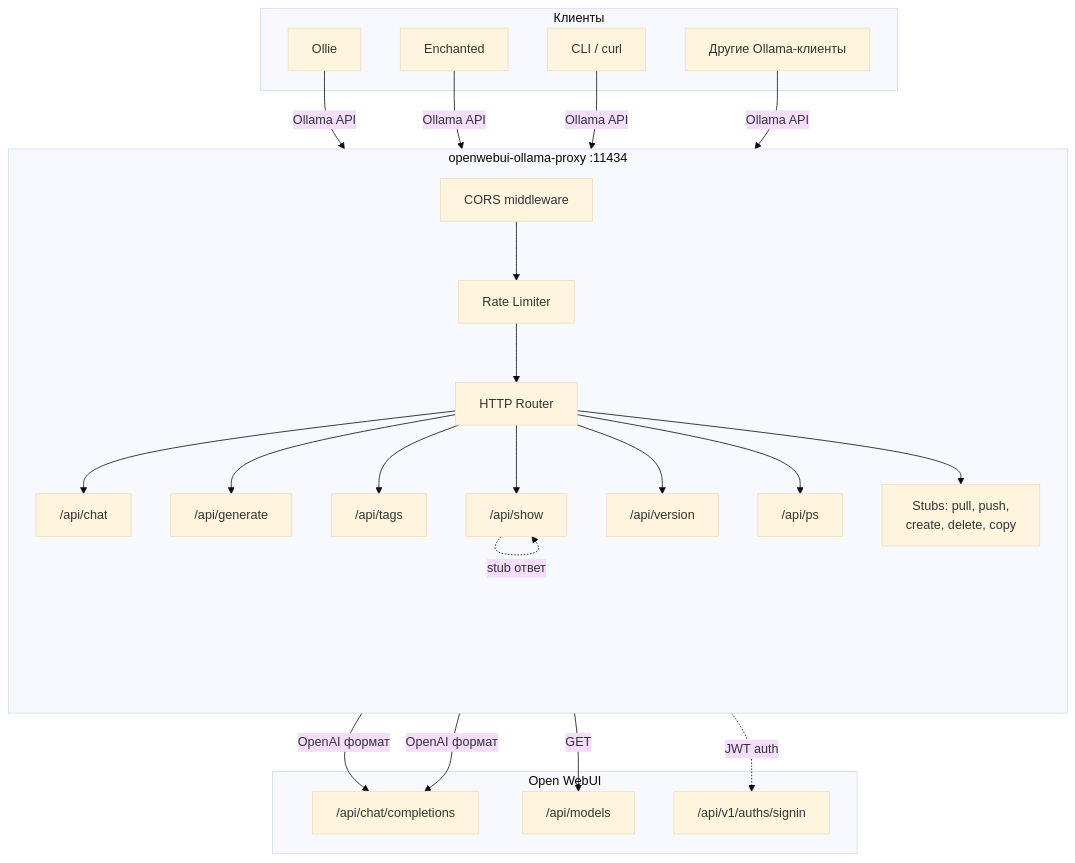
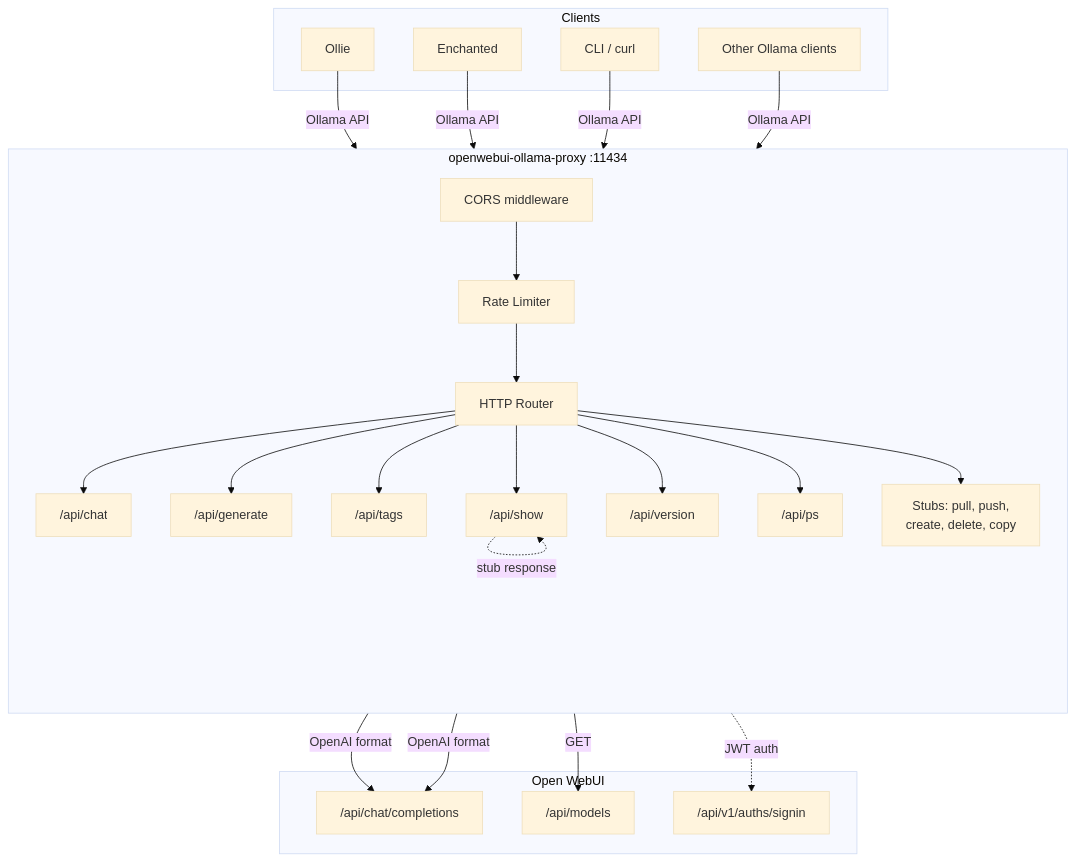
Before and after one commit to voluminor/openwebui-ollama-proxy: the first of 7 diagrams in README.md, drawn with Mermaid (base theme). The commit also changed other lines of this file and 1 other file, not shown here.

````diff
--- a/README.md
+++ b/README.md
@@ -67,37 +69,37 @@
 ```mermaid
 flowchart TB
-    subgraph Клиенты
+    subgraph Clients
         A1[Ollie]
         A2[Enchanted]
         A3[CLI / curl]
-        A4[Другие Ollama-клиенты]
+        A4[Other Ollama clients]
     end
 
     subgraph Proxy["openwebui-ollama-proxy :11434"]
         direction TB
         CORS[CORS middleware]
         RL[Rate Limiter]
         Router[HTTP Router]
         Router --> H_CHAT["/api/chat"]
         Router --> H_GEN["/api/generate"]
         Router --> H_TAGS["/api/tags"]
         Router --> H_SHOW["/api/show"]
         Router --> H_VER["/api/version"]
         Router --> H_PS["/api/ps"]
         Router --> H_STUB["Stubs: pull, push,\ncreate, delete, copy"]
     end
 
     subgraph Backend["Open WebUI"]
         OAI_CHAT["/api/chat/completions"]
         OAI_MODELS["/api/models"]
         OAI_AUTH["/api/v1/auths/signin"]
     end
 
     A1 & A2 & A3 & A4 -->|Ollama API| CORS
     CORS --> RL --> Router
-    H_CHAT -->|OpenAI формат| OAI_CHAT
-    H_GEN -->|OpenAI формат| OAI_CHAT
+    H_CHAT -->|OpenAI format| OAI_CHAT
+    H_GEN -->|OpenAI format| OAI_CHAT
     H_TAGS -->|GET| OAI_MODELS
-    H_SHOW -.->|stub ответ| H_SHOW
+    H_SHOW -.->|stub response| H_SHOW
     Proxy -.->|JWT auth| OAI_AUTH
 ```
````
